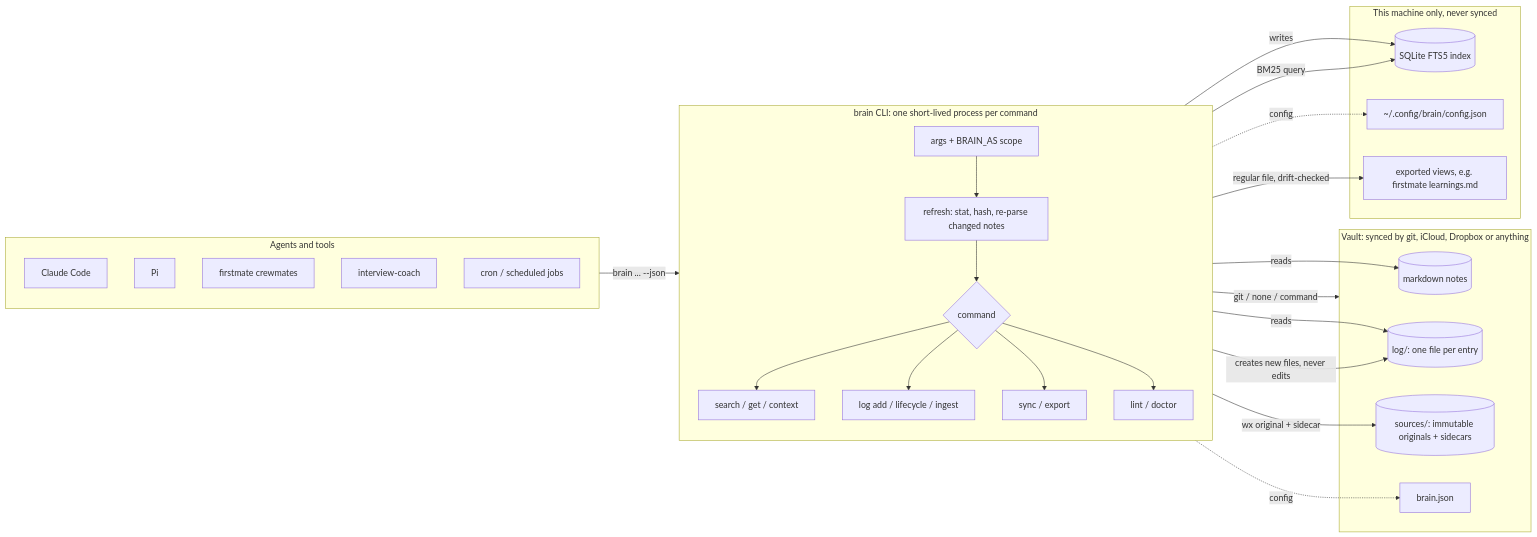
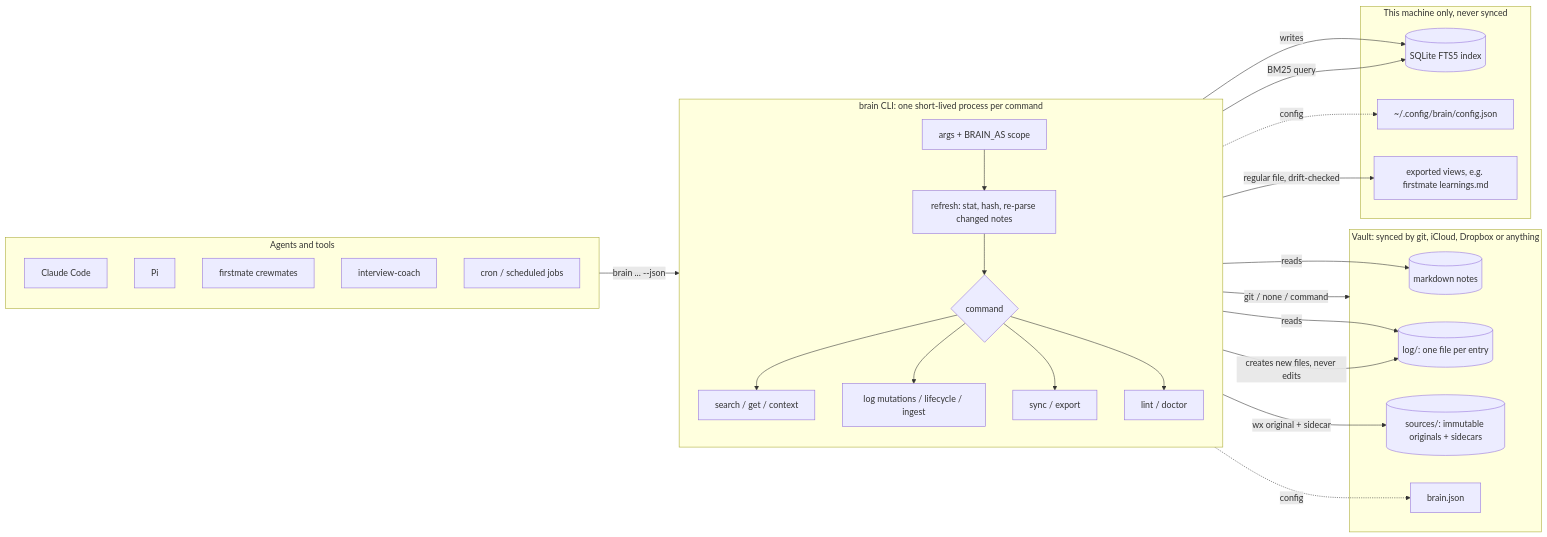
Before and after one commit to phuhien92/brain-cli: the first of 2 diagrams in docs/architecture.md, drawn with Mermaid. The commit also changed other lines of this file and 1 other file, not shown here.

Commit message:
no-mistakes(document): Refresh retirement workflow documentation

````diff
--- a/docs/architecture.md
+++ b/docs/architecture.md
@@ -18,45 +18,45 @@
 ```mermaid
 flowchart LR
   subgraph Callers["Agents and tools"]
     CC["Claude Code"]
     PI["Pi"]
     FM["firstmate crewmates"]
     CO["interview-coach"]
     CRON["cron / scheduled jobs"]
   end
 
   subgraph CLI["brain CLI: one short-lived process per command"]
     direction TB
     ARGS["args + BRAIN_AS scope"] --> REFRESH["refresh: stat, hash, re-parse changed notes"]
     REFRESH --> CMD{"command"}
     CMD --> READ["search / get / context"]
-    CMD --> WRITE["log add / lifecycle / ingest"]
+    CMD --> WRITE["log mutations / lifecycle / ingest"]
     CMD --> MOVE["sync / export"]
     CMD --> CHECK["lint / doctor"]
   end
 
   subgraph Vault["Vault: synced by git, iCloud, Dropbox or anything"]
     NOTES[("markdown notes")]
     LOG[("log/: one file per entry")]
     SOURCES[("sources/: immutable originals + sidecars")]
     BJ["brain.json"]
   end
 
   subgraph Machine["This machine only, never synced"]
     IDX[("SQLite FTS5 index")]
     UCFG["~/.config/brain/config.json"]
     VIEWS["exported views, e.g. firstmate learnings.md"]
   end
 
   Callers -- "brain ... --json" --> ARGS
   REFRESH -- reads --> NOTES
   REFRESH -- reads --> LOG
   REFRESH -- writes --> IDX
   READ -- BM25 query --> IDX
   WRITE -- "creates new files, never edits" --> LOG
   WRITE -- "wx original + sidecar" --> SOURCES
   MOVE -- "git / none / command" --> Vault
   MOVE -- "regular file, drift-checked" --> VIEWS
   ARGS -. config .-> BJ
   ARGS -. config .-> UCFG
 ```
````
